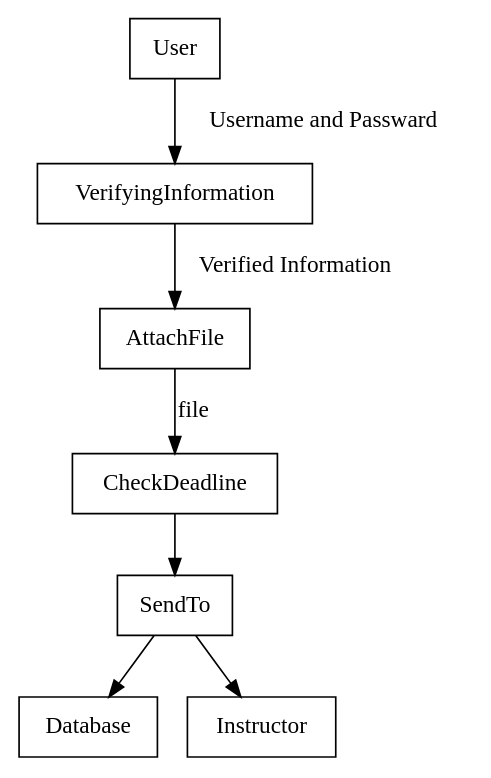
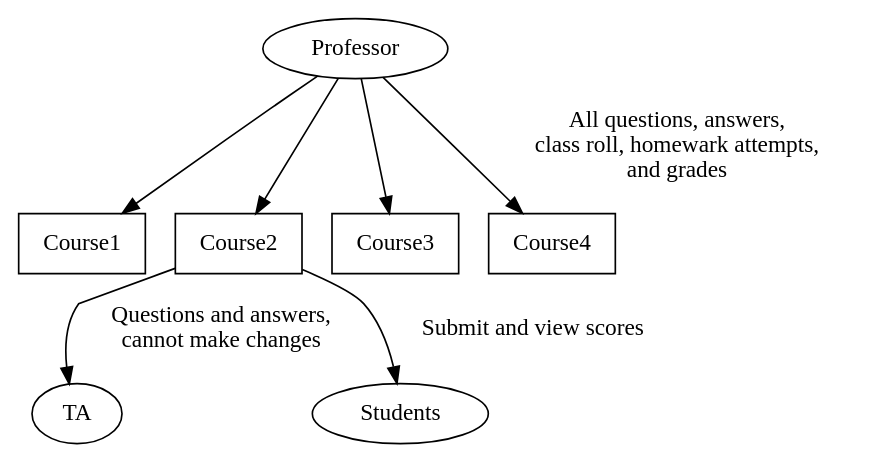
Before and after one commit to CSC510/txts: the diagram in dot/flow.dot, drawn with Graphviz.

Commit message:
modify the flow chart

```diff
--- a/dot/flow.dot
+++ b/dot/flow.dot
@@ -1,15 +1,25 @@
 digraph {
-     User [shape=box];
-     VerifyingInformation [shape=box];
-     AttachFile [shape=box];
-     CheckDeadline [shape=box];
-     SendTo [shape=box];
-     Database [shape=box];
-     Instructor [shape=box];
-	User -> VerifyingInformation [label = "Username and Passward"];
-	VerifyingInformation -> AttachFile [label = "Verified Information"];
-	AttachFile -> CheckDeadline [label = "file"];
-	CheckDeadline -> SendTo
-	SendTo -> Database
-	SendTo -> Instructor
+     Course1 [shape=box];
+     Course2 [shape=box];
+     Course3 [shape=box];
+     Course4 [shape=box];
+
+//	Course1 -> Course2;
+//	Course2 -> Course3;
+//	Course3 -> Course4;
+	Professor -> Course4 [label = "All questions, answers,\n class roll, homewark attempts,\n and grades"];
+	Professor -> Course2;
+	Professor -> Course3;
+	Professor -> Course1;
+
+	{rank = same; Course1; Course2; Course3; Course4;};
+
+//	Course1 -> Course2;Course2 -> Course3;Course3 -> Course4;
+
+	Course2 -> TA [label = "Questions and answers,\n cannot make changes"];
+	Course2 -> Students [label = "Submit and view scores"];
+
+	{rank = same; "TA";"Students";}
+//	Professor -> Course3;
+//	Professor -> Course4;
 }
```
